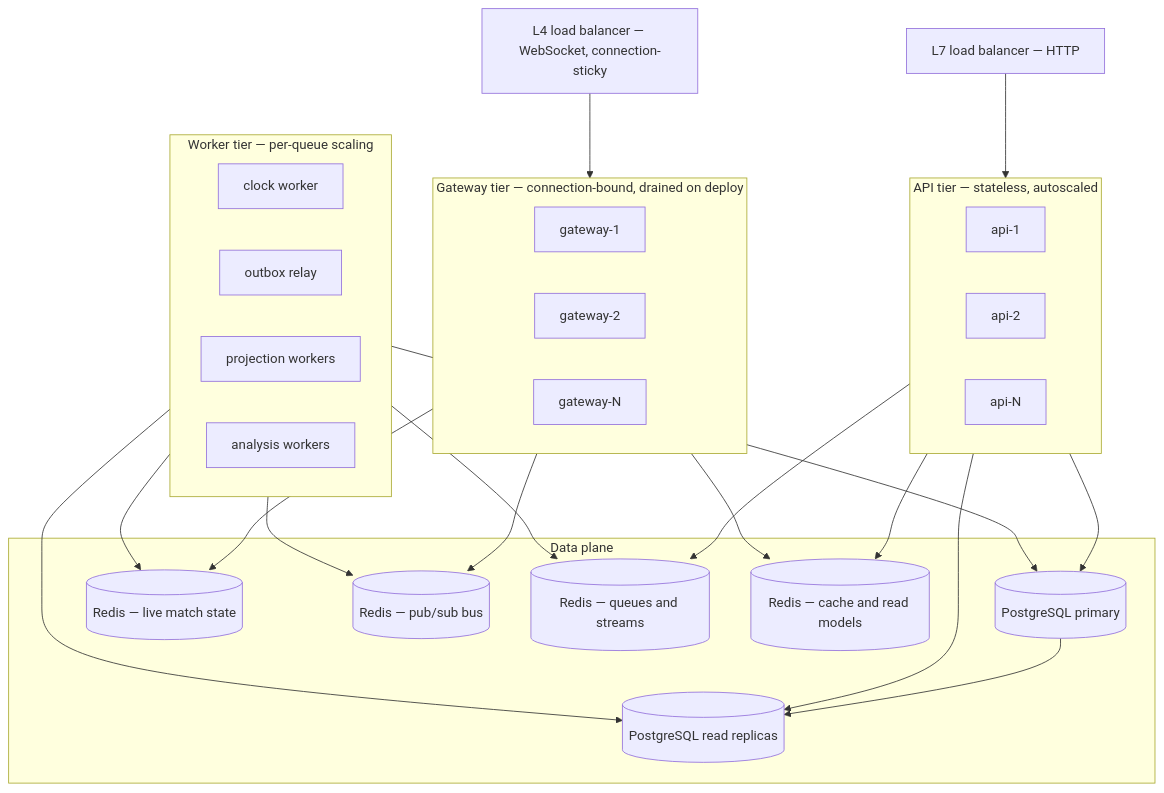
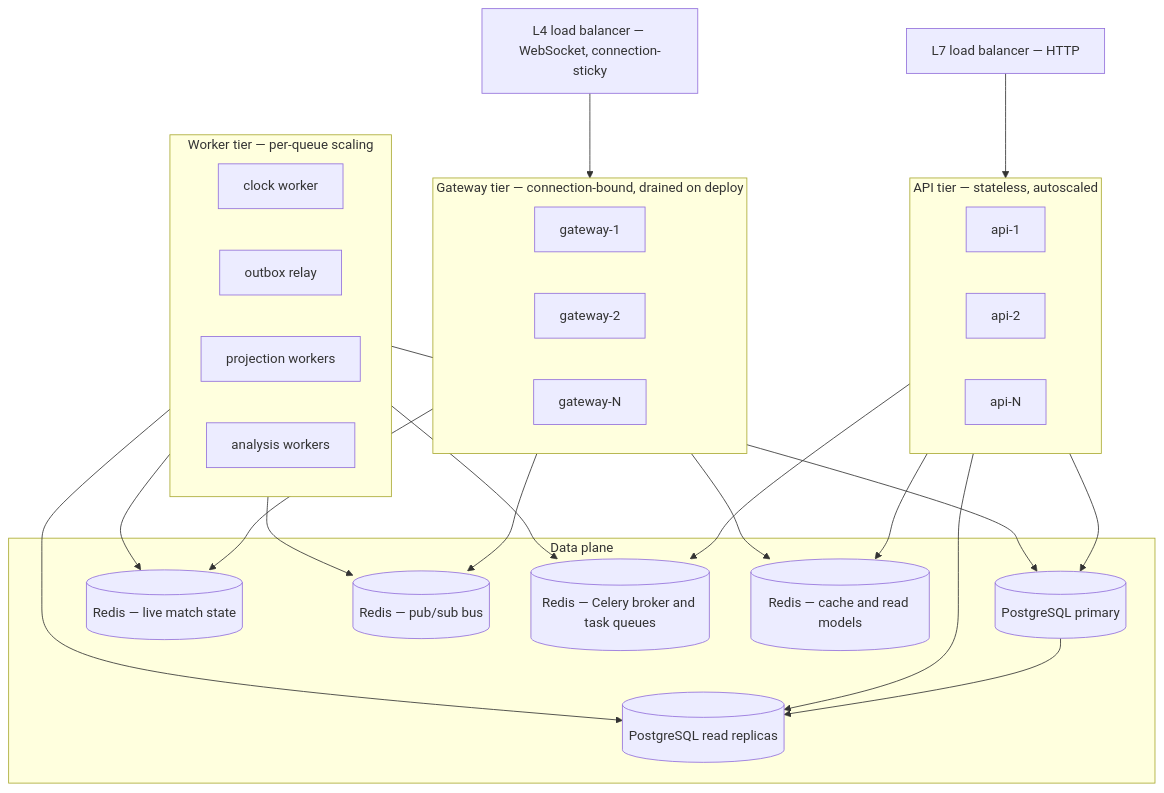
One commit to shohruh-yuldashov/arena64 changed the second of 8 diagrams in docs/01-architecture/architecture.md. Above: the diagram before and after it, drawn with Mermaid. The commit also changed other lines of this file and 3 other files, not shown here.

````diff
--- a/docs/01-architecture/architecture.md
+++ b/docs/01-architecture/architecture.md
@@ -171,49 +171,49 @@
 ```mermaid
 flowchart TB
     LB["L7 load balancer — HTTP"]
     LBW["L4 load balancer — WebSocket, connection-sticky"]
 
     subgraph apitier["API tier — stateless, autoscaled"]
         A1["api-1"]
         A2["api-2"]
         A3["api-N"]
     end
 
     subgraph gwtier["Gateway tier — connection-bound, drained on deploy"]
         G1["gateway-1"]
         G2["gateway-2"]
         G3["gateway-N"]
     end
 
     subgraph wtier["Worker tier — per-queue scaling"]
         W1["clock worker"]
         W2["outbox relay"]
         W3["projection workers"]
         W4["analysis workers"]
     end
 
     subgraph data["Data plane"]
         PGP[("PostgreSQL primary")]
         PGR[("PostgreSQL read replicas")]
         RL[("Redis — live match state")]
         RB[("Redis — pub/sub bus")]
-        RQ[("Redis — queues and streams")]
+        RQ[("Redis — Celery broker and task queues")]
         RC[("Redis — cache and read models")]
     end
 
     LB --> apitier
     LBW --> gwtier
     apitier --> PGP
     apitier --> PGR
     apitier --> RC
     apitier --> RQ
     gwtier --> RL
     gwtier --> RB
     gwtier --> RC
     wtier --> PGP
     wtier --> PGR
     wtier --> RL
     wtier --> RQ
     wtier --> RB
     PGP --> PGR
 ```
````
